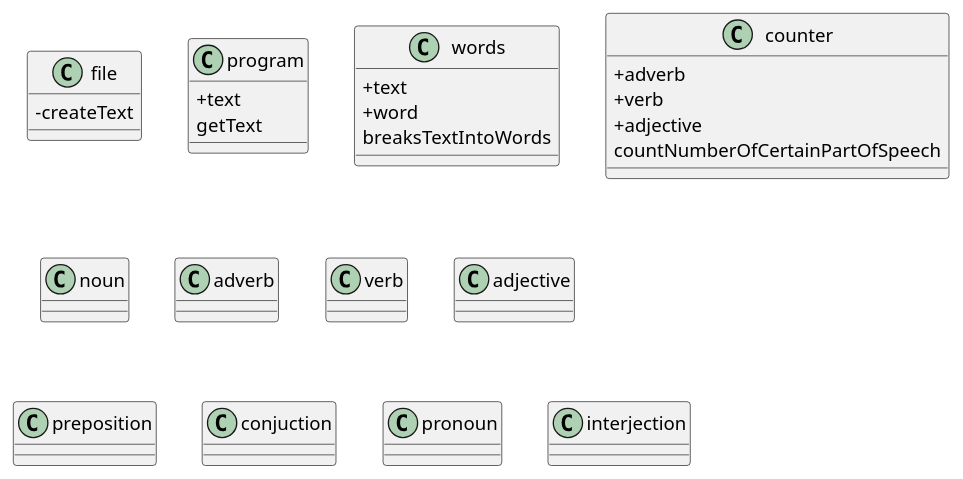
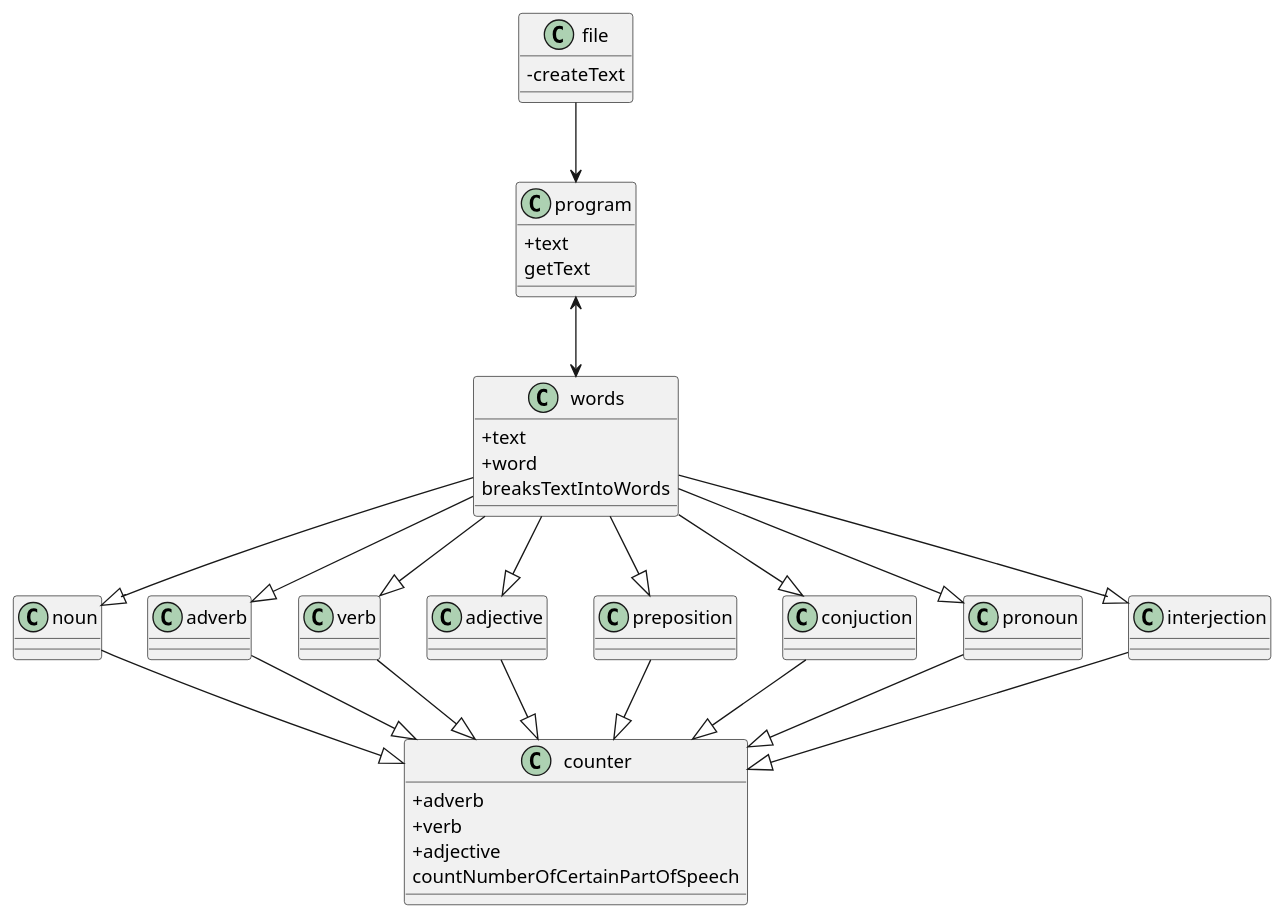
Before and after one commit to Nurabil25/lab3: the diagram in varian13.puml, drawn with PlantUML.

Commit message:
creating connetions

```diff
--- a/varian13.puml
+++ b/varian13.puml
@@ -1,34 +1,54 @@
 @startuml
 skinparam classAttributeIconSize 0
 
 class file {
 -createText
 }
 
 class program {
 +text
 getText
 }
 
 class words {
 +text
 +word
 breaksTextIntoWords
 }
 
 class counter {
 +adverb
 +verb
 +adjective
 countNumberOfCertainPartOfSpeech
 }
 
 class noun {}
 class adverb {}
 class verb {}
 class adjective {}
 class preposition {}
 class conjuction {}
 class pronoun {}
 class interjection {}
+
+file --> program
+program <--> words
+words --|> noun
+words --|> adverb
+words --|> adjective
+words --|> preposition
+words --|> conjuction
+words --|> verb
+words --|> pronoun
+words --|> interjection
+noun --|> counter
+adverb --|> counter
+verb --|> counter
+adjective --|> counter
+preposition --|> counter
+conjuction --|> counter
+pronoun --|> counter
+interjection --|> counter
+
 @enduml
```
